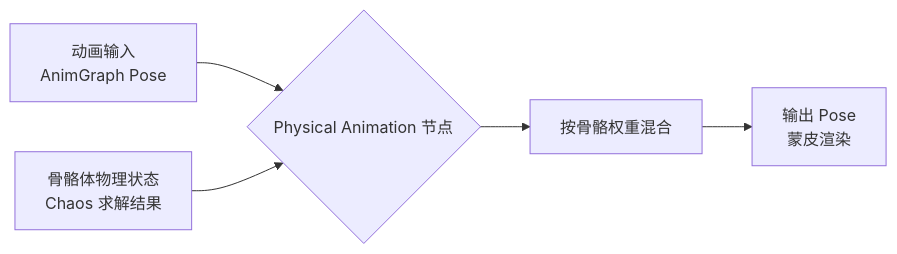
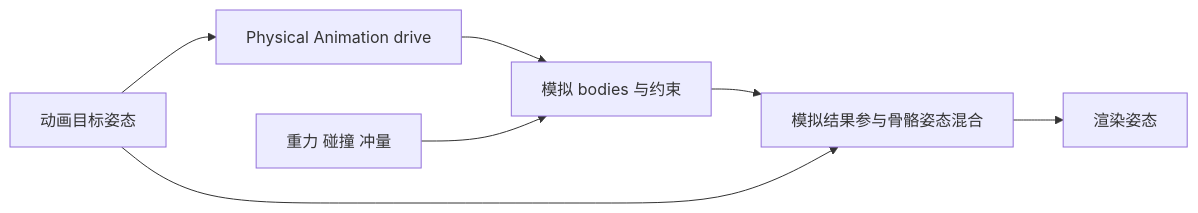
One commit to fantuan812/learning changed the diagram in 知识/04-图形动画与物理仿真/物理求解与动力学/04-布娃娃与物理动画.md. Above: the diagram before and after it, drawn with Mermaid. The commit also changed other lines of this file and 1 other file, not shown here.

````diff
--- a/知识/04-图形动画与物理仿真/物理求解与动力学/04-布娃娃与物理动画.md
+++ b/知识/04-图形动画与物理仿真/物理求解与动力学/04-布娃娃与物理动画.md
@@ -153,7 +97,9 @@
 ```mermaid
 flowchart LR
-    A[动画输入<br/>AnimGraph Pose] --> E{Physical Animation 节点}
-    B[骨骼体物理状态<br/>Chaos 求解结果] --> E
-    E --> F[按骨骼权重混合]
-    F --> G[输出 Pose<br/>蒙皮渲染]
+    A[动画目标姿态] --> B[Physical Animation drive]
+    B --> C[模拟 bodies 与约束]
+    D[重力 碰撞 冲量] --> C
+    C --> E[模拟结果参与骨骼姿态混合]
+    A --> E
+    E --> F[渲染姿态]
 ```
````
